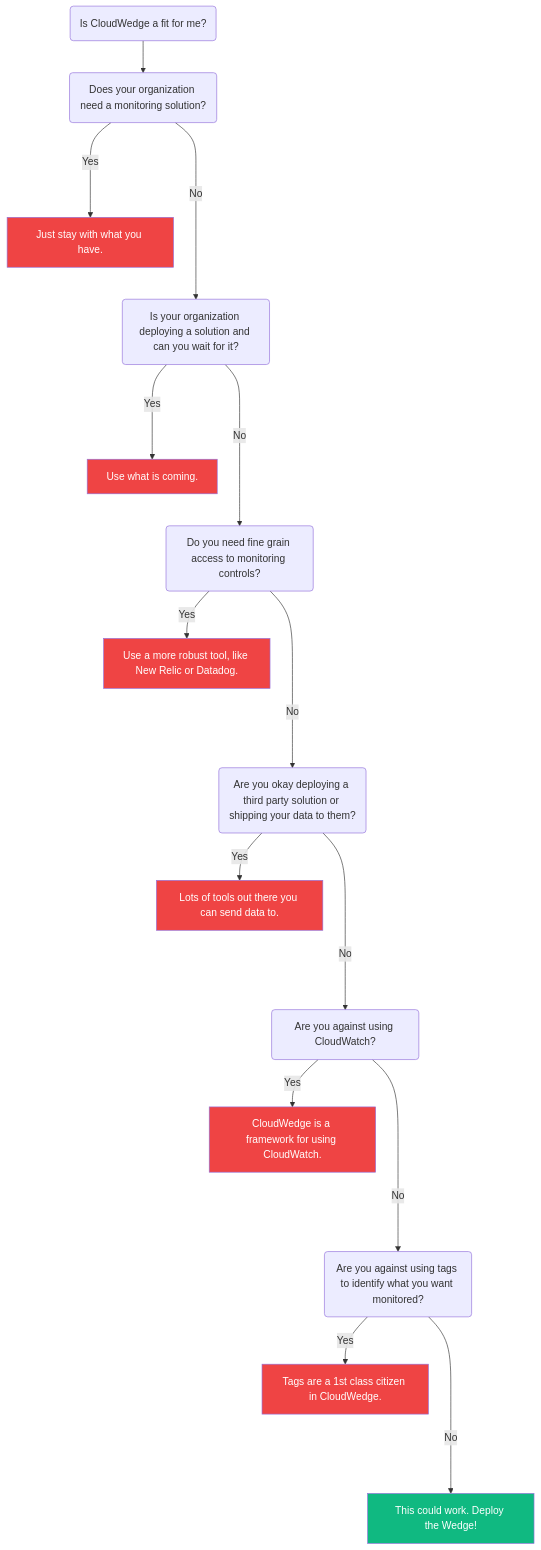
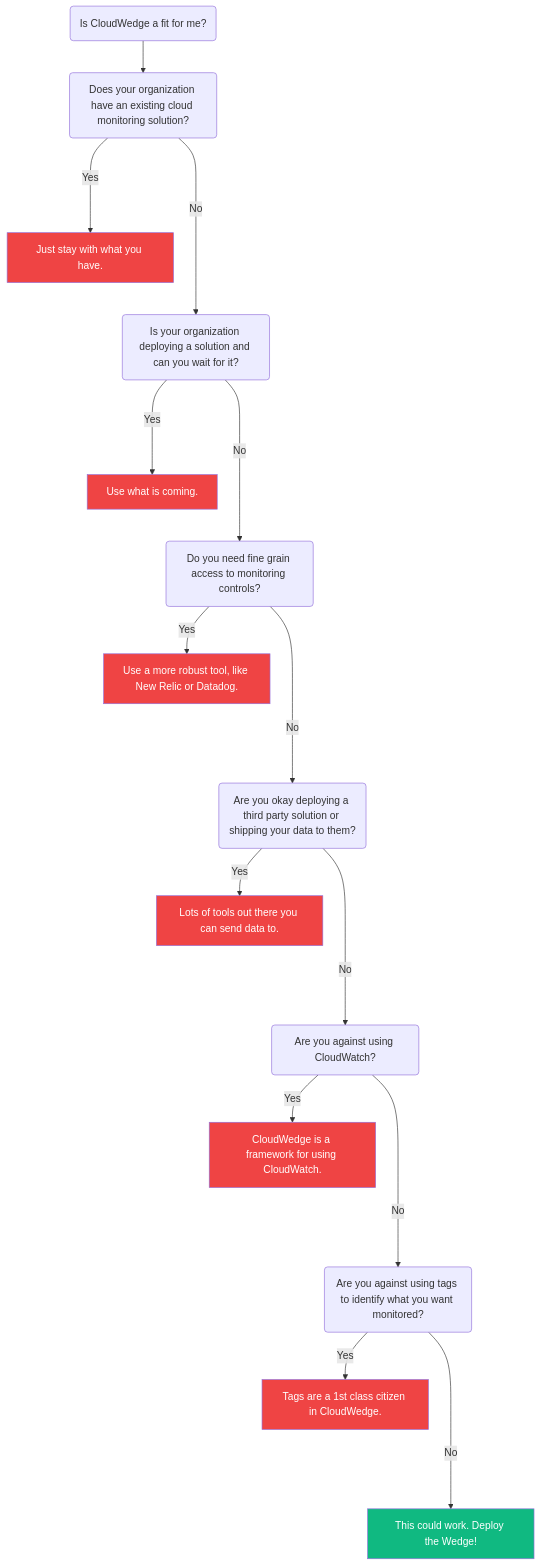
One commit to dwbelliston/cloudwedge changed the diagram in docs/faq.md. Above: the diagram before and after it, drawn with Mermaid.

Commit message:
fixing initial question

````diff
--- a/docs/faq.md
+++ b/docs/faq.md
@@ -11,33 +11,33 @@
 ```mermaid
 flowchart TD
     00(Is CloudWedge a fit for me?);
-    A(Does your organization need a monitoring solution?);
+    A(Does your organization have an existing cloud monitoring solution?);
     B(Is your organization deploying a solution and can you wait for it?);
     C(Do you need fine grain access to monitoring controls?);
     D(Are you okay deploying a third party solution or shipping your data to them?);
     E(Are you against using CloudWatch?);
     F(Are you against using tags to identify what you want monitored?);
     aXXX[Just stay with what you have.]:::red;
     bXXX[Use what is coming.]:::red;
     cXXX[Use a more robust tool, like New Relic or Datadog.]:::red;
     dXXX[Lots of tools out there you can send data to.]:::red;
     eXXX[CloudWedge is a framework for using CloudWatch.]:::red;
     fXXX[Tags are a 1st class citizen in CloudWedge.]:::red;
     YYY[This could work. Deploy the Wedge!]:::green;
     00--> A;
     A -- Yes ---> aXXX;
     A -- No ----> B;
     B -- Yes ---> bXXX;
     B -- No ----> C;
     C -- Yes --> cXXX;
     C -- No ----> D;
     D -- Yes --> dXXX;
     D -- No ----> E;
     E -- Yes --> eXXX;
     E -- No ----> F;
     F -- Yes --> fXXX;
     F -- No ----> YYY;
     classDef red fill:#EF4444,color:#fff;
     classDef green fill:#10B981,color:#fff;
     classDef question fill:#818CF8,color:#fff;
 ```
````
